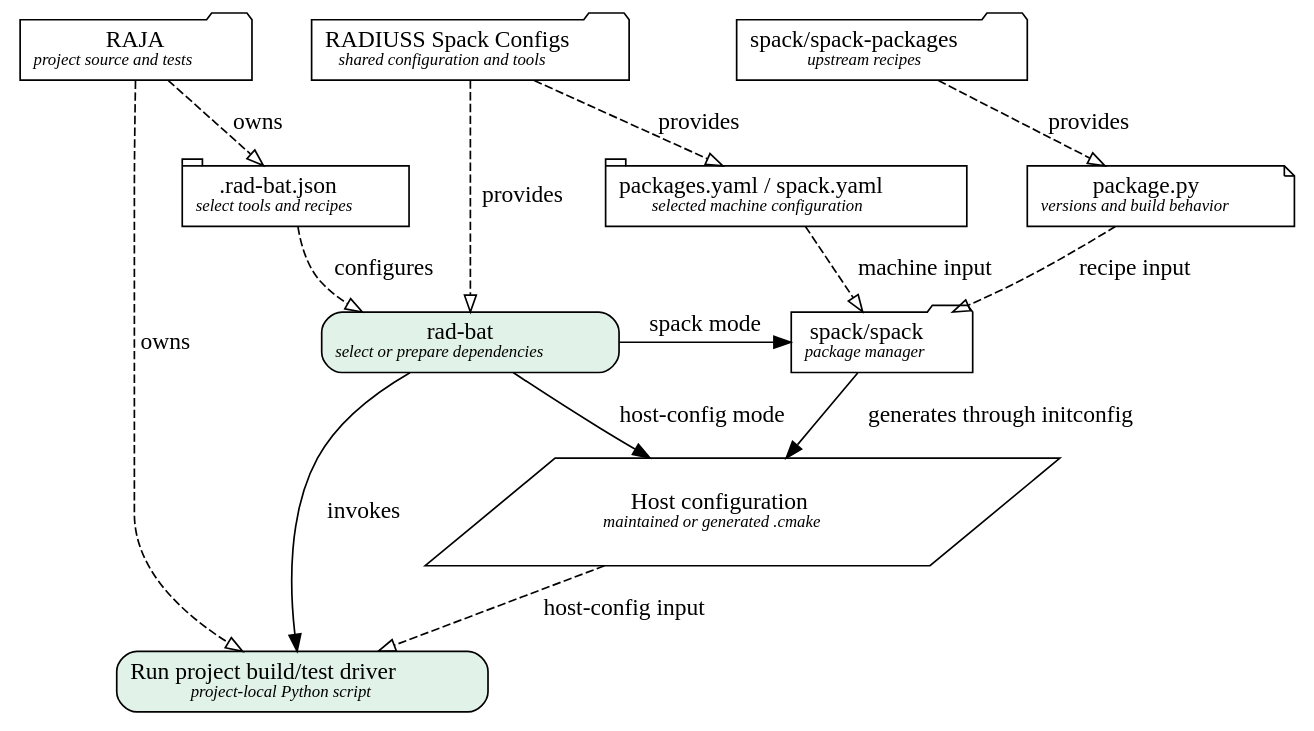
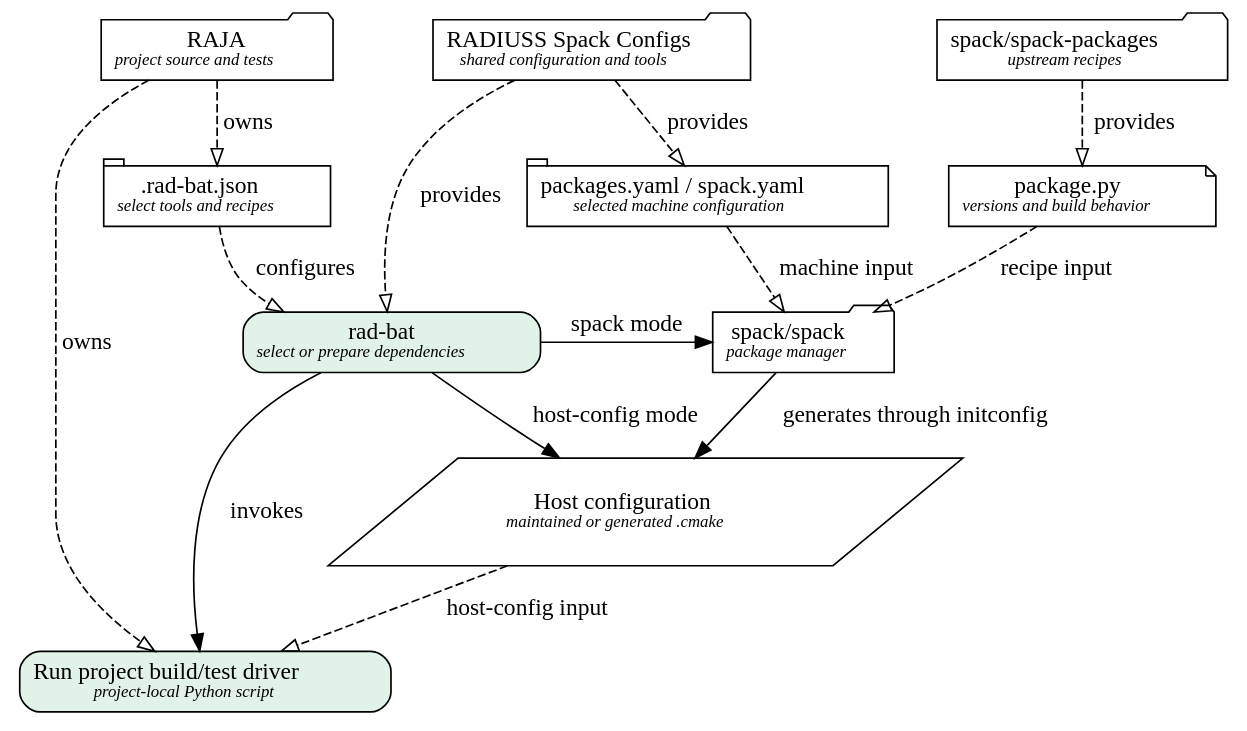
One commit to llnl/radiuss-spack-configs changed the diagram in docs/sphinx/figures/components.dot. Above: the diagram before and after it, drawn with Graphviz.

Commit message:
docs: balance component diagram layout

```diff
--- a/docs/sphinx/figures/components.dot
+++ b/docs/sphinx/figures/components.dot
@@ -1,84 +1,83 @@
 // SPDX-License-Identifier: MIT
 digraph components {
   rankdir=TB;
   project [
     label=<RAJA<BR/><FONT POINT-SIZE="10"><I>project source and tests</I></FONT>>,
     shape=folder,
     fillcolor="#e3edf7",
     group=project
   ];
   settings [
     label=<.rad-bat.json<BR/><FONT POINT-SIZE="10"><I>select tools and recipes</I></FONT>>,
     shape=tab,
     fillcolor="#eee8f5",
     group=project
   ];
   spack [
     label=<spack/spack<BR/><FONT POINT-SIZE="10"><I>package manager</I></FONT>>,
     shape=folder,
     fillcolor="#e3edf7",
     group=spack
   ];
   recipes [
     label=<spack/spack-packages<BR/><FONT POINT-SIZE="10"><I>upstream recipes</I></FONT>>,
     shape=folder,
     fillcolor="#e3edf7",
     group=recipes
   ];
   recipe [
     label=<package.py<BR/><FONT POINT-SIZE="10"><I>versions and build behavior</I></FONT>>,
     shape=note,
     fillcolor="#fff2cf",
     group=recipes
   ];
   configs [
     label=<RADIUSS Spack Configs<BR/><FONT POINT-SIZE="10"><I>shared configuration and tools</I></FONT>>,
     shape=folder,
-    fillcolor="#e3edf7",
-    group=workflow
+    fillcolor="#e3edf7"
   ];
   machine [
     label=<packages.yaml / spack.yaml<BR/><FONT POINT-SIZE="10"><I>selected machine configuration</I></FONT>>,
     shape=tab,
     fillcolor="#eee8f5",
     group=machine
   ];
   radbat [
     label=<rad-bat<BR/><FONT POINT-SIZE="10"><I>select or prepare dependencies</I></FONT>>,
     shape=box,
     style="rounded,filled",
     fillcolor="#e1f2e8",
     group=workflow
   ];
   host [
     label=<Host configuration<BR/><FONT POINT-SIZE="10"><I>maintained or generated .cmake</I></FONT>>,
     shape=parallelogram,
     fillcolor="#dcf2f4",
     group=workflow
   ];
   driver [
     label=<Run project build/test driver<BR/><FONT POINT-SIZE="10"><I>project-local Python script</I></FONT>>,
     shape=box,
     style="rounded,filled",
     fillcolor="#e1f2e8",
     group=workflow
   ];
   { rank=same; project; configs; recipes; }
   { rank=same; settings; machine; recipe; }
   { rank=same; radbat; spack; }
   project -> configs -> recipes [style=invis, weight=100];
   settings -> machine -> recipe [style=invis, weight=100];
   project -> settings [style=dashed, arrowhead=empty, label="owns"];
   project -> driver [style=dashed, arrowhead=empty, label="owns"];
   settings -> radbat [style=dashed, arrowhead=empty, label="configures"];
-  recipes -> recipe [style=dashed, arrowhead=empty, label="provides"];
-  configs -> machine [style=dashed, arrowhead=empty, label="provides"];
-  configs -> radbat [style=dashed, arrowhead=empty, label="provides", weight=100];
+  recipes -> recipe [style=dashed, arrowhead=empty, label="provides", weight=100];
+  configs -> machine [style=dashed, arrowhead=empty, label="provides", weight=10];
+  configs -> radbat [style=dashed, arrowhead=empty, label="provides", weight=10];
   recipe -> spack [style=dashed, arrowhead=empty, label="recipe input"];
   machine -> spack [style=dashed, arrowhead=empty, label="machine input"];
   radbat -> spack [label="spack mode"];
   radbat -> host [label="host-config mode"];
   spack -> host [label="generates through initconfig"];
   radbat -> driver [label="invokes"];
   host -> driver [style=dashed, arrowhead=empty, label="host-config input"];
 }
```
